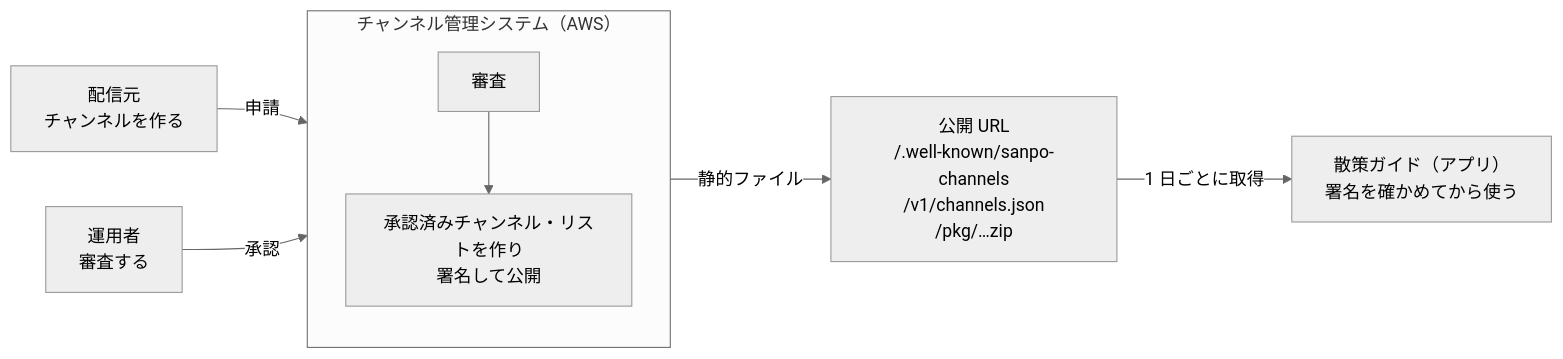
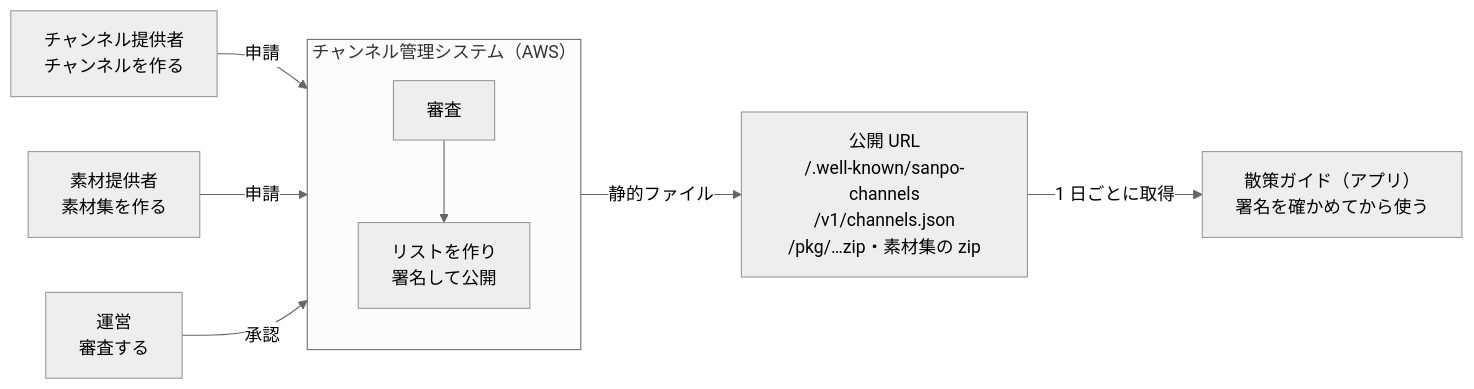
Before and after one commit to duwenji/yorisoi-tutorial: the diagram in 00-overview/01-what-we-build.md, drawn with Mermaid (neutral theme). The commit also changed other lines of this file and 62 other files, not shown here.

````diff
--- a/00-overview/01-what-we-build.md
+++ b/00-overview/01-what-we-build.md
@@ -49,11 +65,12 @@
 ```mermaid
 flowchart LR
-    PUB["配信元<br/>チャンネルを作る"] -->|申請| CON
-    OP["運用者<br/>審査する"] -->|承認| CON
+    PUB["チャンネル提供者<br/>チャンネルを作る"] -->|申請| CON
+    PRO["素材提供者<br/>素材集を作る"] -->|申請| CON
+    OP["運営<br/>審査する"] -->|承認| CON
     subgraph CON["チャンネル管理システム（AWS）"]
         direction TB
-        C1["審査"] --> C2["承認済みチャンネル・リストを作り<br/>署名して公開"]
+        C1["審査"] --> C2["リストを作り<br/>署名して公開"]
     end
-    CON -->|静的ファイル| FILES["公開 URL<br/>/.well-known/sanpo-channels<br/>/v1/channels.json<br/>/pkg/…zip"]
+    CON -->|静的ファイル| FILES["公開 URL<br/>/.well-known/sanpo-channels<br/>/v1/channels.json<br/>/pkg/…zip・素材集の zip"]
     FILES -->|1 日ごとに取得| APP["散策ガイド（アプリ）<br/>署名を確かめてから使う"]
 ```
````
